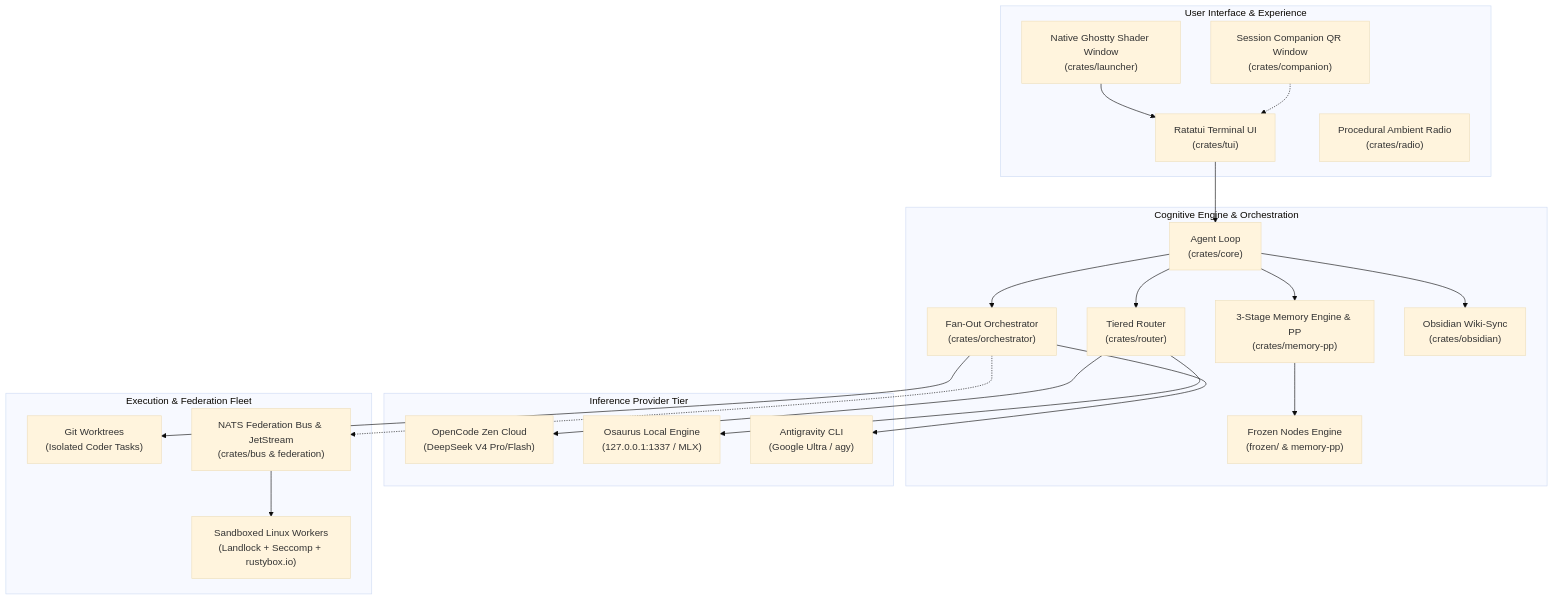
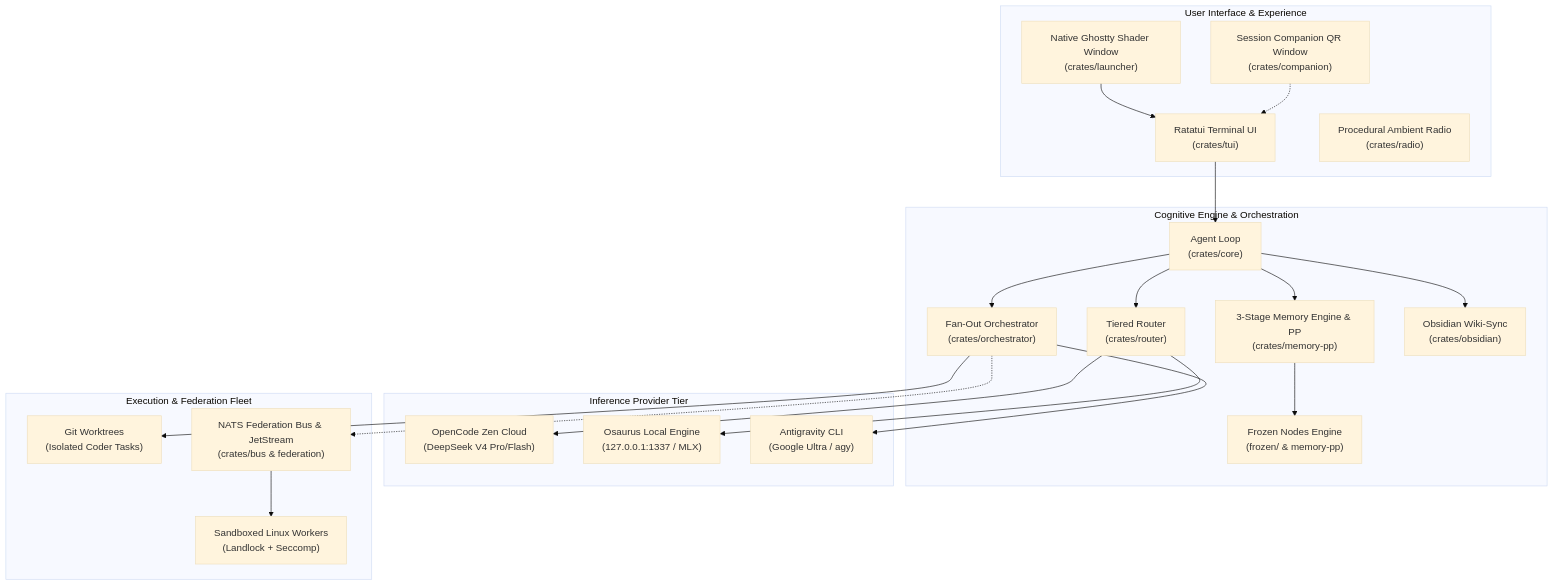
Before and after one commit to entropy-om/entheai: the first of 3 diagrams in docs/architecture.md, drawn with Mermaid (base theme). The commit also changed other lines of this file and 1 other file, not shown here.

Commit message:
docs: drop unverified rustybox.io integration claim, fix F2.1 version attribution
F2.3's sandbox is pure Landlock/seccomp — grep across crates/ and bin/ finds
zero rustybox references, so "integrated with rustybox.io userland tools" was
never true. Ecosystem/promo links to rustybox.io elsewhere in the README are
left as-is; only the technical-integration claims are removed.

Also: the roadmap table had F2.1 (distributed swarm) shipping in v0.2, but
CHANGELOG.md puts it under [0.2.1] alongside F2.2 — v0.2 only shipped F1.

````diff
--- a/docs/architecture.md
+++ b/docs/architecture.md
@@ -15,45 +15,45 @@
 ```mermaid
 graph TD
     subgraph UI ["User Interface & Experience"]
         TUI["Ratatui Terminal UI\n(crates/tui)"]
         APP["Native Ghostty Shader Window\n(crates/launcher)"]
         COMP["Session Companion QR Window\n(crates/companion)"]
         RADIO["Procedural Ambient Radio\n(crates/radio)"]
     end
 
     subgraph Core ["Cognitive Engine & Orchestration"]
         AG["Agent Loop\n(crates/core)"]
         RT["Tiered Router\n(crates/router)"]
         FO["Fan-Out Orchestrator\n(crates/orchestrator)"]
         MPP["3-Stage Memory Engine & PP\n(crates/memory-pp)"]
         FN["Frozen Nodes Engine\n(frozen/ & memory-pp)"]
         OBS["Obsidian Wiki-Sync\n(crates/obsidian)"]
     end
 
     subgraph Providers ["Inference Provider Tier"]
         ZEN["OpenCode Zen Cloud\n(DeepSeek V4 Pro/Flash)"]
         OSA["Osaurus Local Engine\n(127.0.0.1:1337 / MLX)"]
         AGY["Antigravity CLI\n(Google Ultra / agy)"]
     end
 
     subgraph Execution ["Execution & Federation Fleet"]
         GW["Git Worktrees\n(Isolated Coder Tasks)"]
         NATS["NATS Federation Bus & JetStream\n(crates/bus & federation)"]
-        WORKER["Sandboxed Linux Workers\n(Landlock + Seccomp + rustybox.io)"]
+        WORKER["Sandboxed Linux Workers\n(Landlock + Seccomp)"]
     end
 
     TUI --> AG
     APP --> TUI
     COMP -.-> TUI
     AG --> RT
     RT --> ZEN
     RT --> OSA
     AG --> FO
     FO --> GW
     FO --> AGY
     FO -.-> NATS
     NATS --> WORKER
     AG --> MPP
     MPP --> FN
     AG --> OBS
 ```
````
